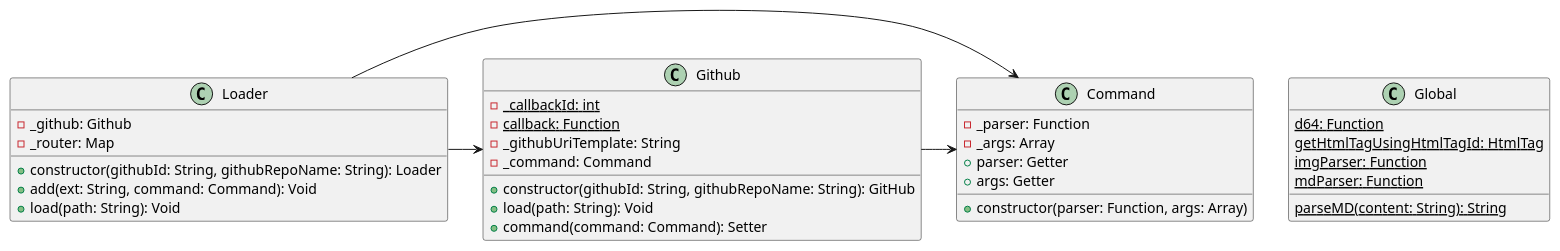
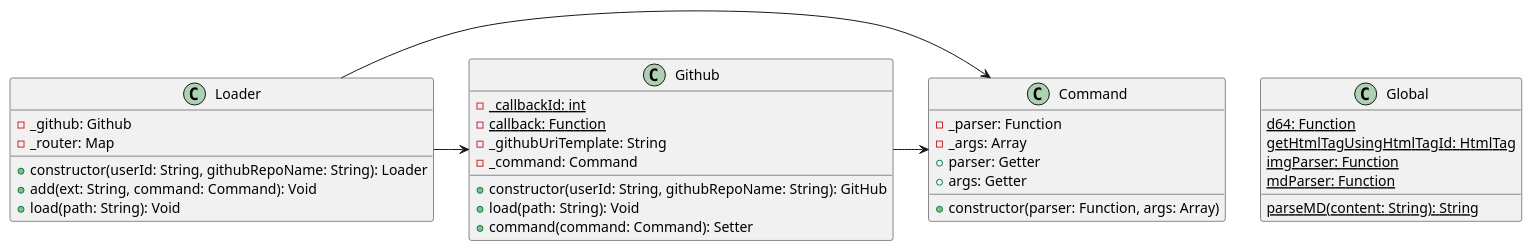
Before and after one commit to expert0226/codespitz: the seventh of 8 diagrams in src/main/resources/codespitz79/designpattern/day02/day02.adoc, drawn with PlantUML. The commit also changed other lines of this file and 4 other files, not shown here.

```diff
--- a/src/main/resources/codespitz79/designpattern/day02/day02.adoc
+++ b/src/main/resources/codespitz79/designpattern/day02/day02.adoc
@@ -267,40 +267,40 @@
 [plantuml, router_class, png]
 .....
 Github -> Command
 Loader -> Command
 Loader -> Github
 
 class Global {
     {static} d64: Function
     {static} parseMD(content: String): String
     {static} getHtmlTagUsingHtmlTagId: HtmlTag
     {static} imgParser: Function
     {static} mdParser: Function
 }
 
 class Github {
     - {static} _callbackId: int
     - {static} callback: Function
     - _githubUriTemplate: String
     - _command: Command
-    + constructor(githubId: String, githubRepoName: String): GitHub
+    + constructor(userId: String, githubRepoName: String): GitHub
     + load(path: String): Void
     + command(command: Command): Setter
 }
 
 class Command {
     - _parser: Function
     - _args: Array
     + constructor(parser: Function, args: Array)
     + parser: Getter
     + args: Getter
 }
 
 class Loader {
     - _github: Github
     - _router: Map
-    + constructor(githubId: String, githubRepoName: String): Loader
+    + constructor(userId: String, githubRepoName: String): Loader
     + add(ext: String, command: Command): Void
     + load(path: String): Void
 }
 .....
```
